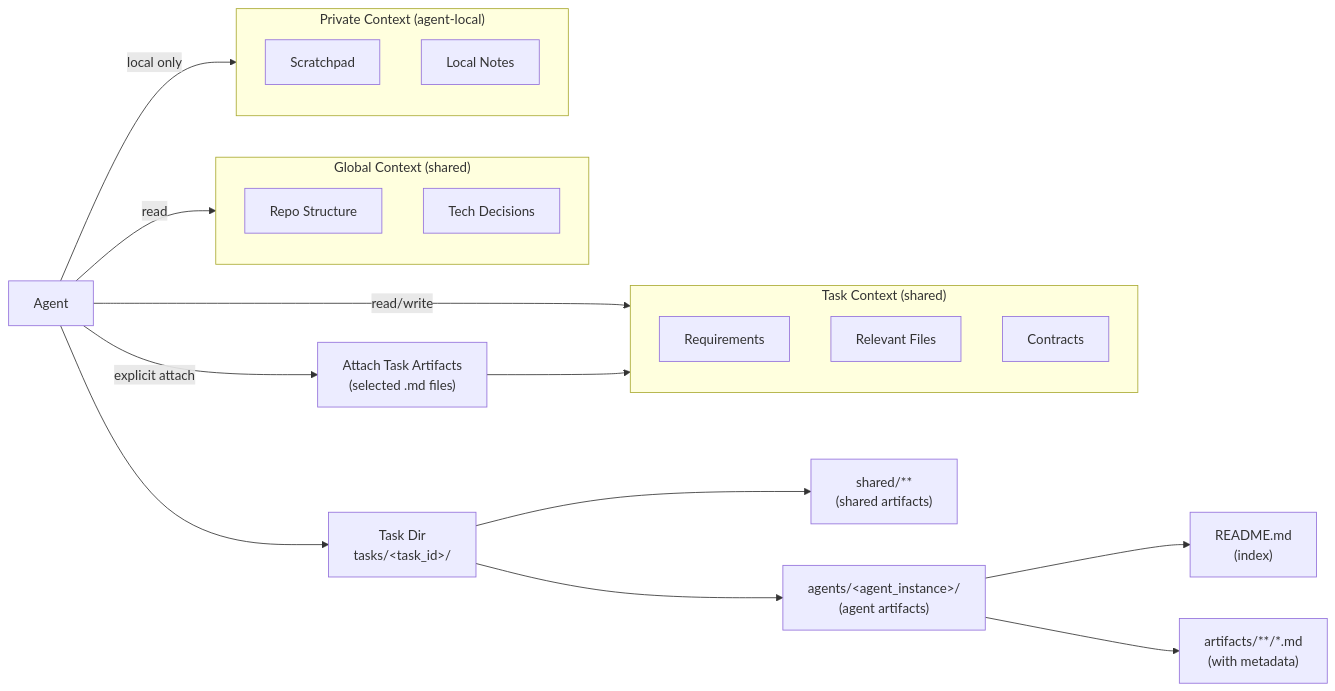
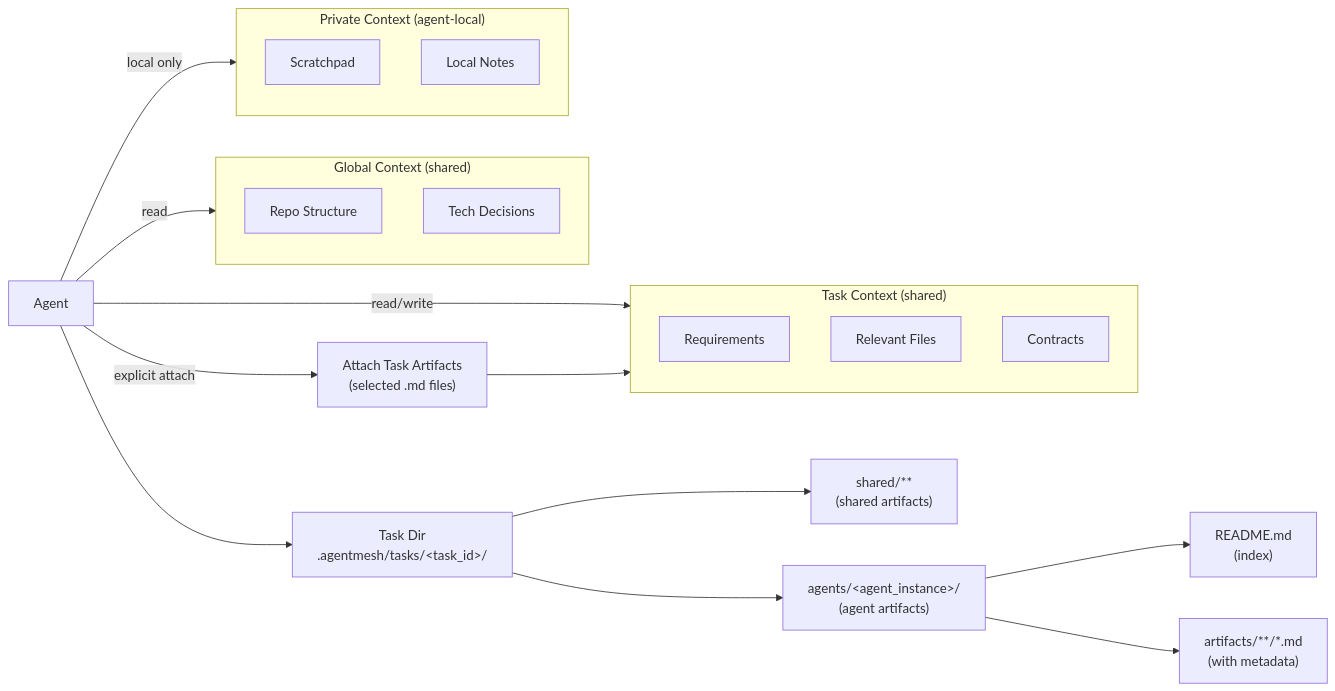
One commit to ticoAg/Coco changed the third of 3 diagrams in README.md. Above: the diagram before and after it, drawn with Mermaid. The commit also changed other lines of this file and 7 other files, not shown here.

````diff
--- a/README.md
+++ b/README.md
@@ -123,31 +123,31 @@
 ```mermaid
 flowchart LR
   subgraph Global["Global Context (shared)"]
     G1[Repo Structure]
     G2[Tech Decisions]
   end
 
   subgraph Task["Task Context (shared)"]
     T1[Requirements]
     T2[Relevant Files]
     T3[Contracts]
   end
 
   subgraph Private["Private Context (agent-local)"]
     P1[Scratchpad]
     P2[Local Notes]
   end
 
   A[Agent] -->|read| Global
   A[Agent] -->|read/write| Task
   A[Agent] -->|local only| Private
 
-  A[Agent] --> TD["Task Dir<br/>tasks/&lt;task_id&gt;/"]
+  A[Agent] --> TD["Task Dir<br/>.agentmesh/tasks/&lt;task_id&gt;/"]
   TD --> TS["shared/**<br/>(shared artifacts)"]
   TD --> W["agents/&lt;agent_instance&gt;/<br/>(agent artifacts)"]
   W --> W1["README.md<br/>(index)"]
   W --> W2["artifacts/**/*.md<br/>(with metadata)"]
 
   A[Agent] -->|explicit attach| X["Attach Task Artifacts<br/>(selected .md files)"]
   X --> Task
 ```
````
